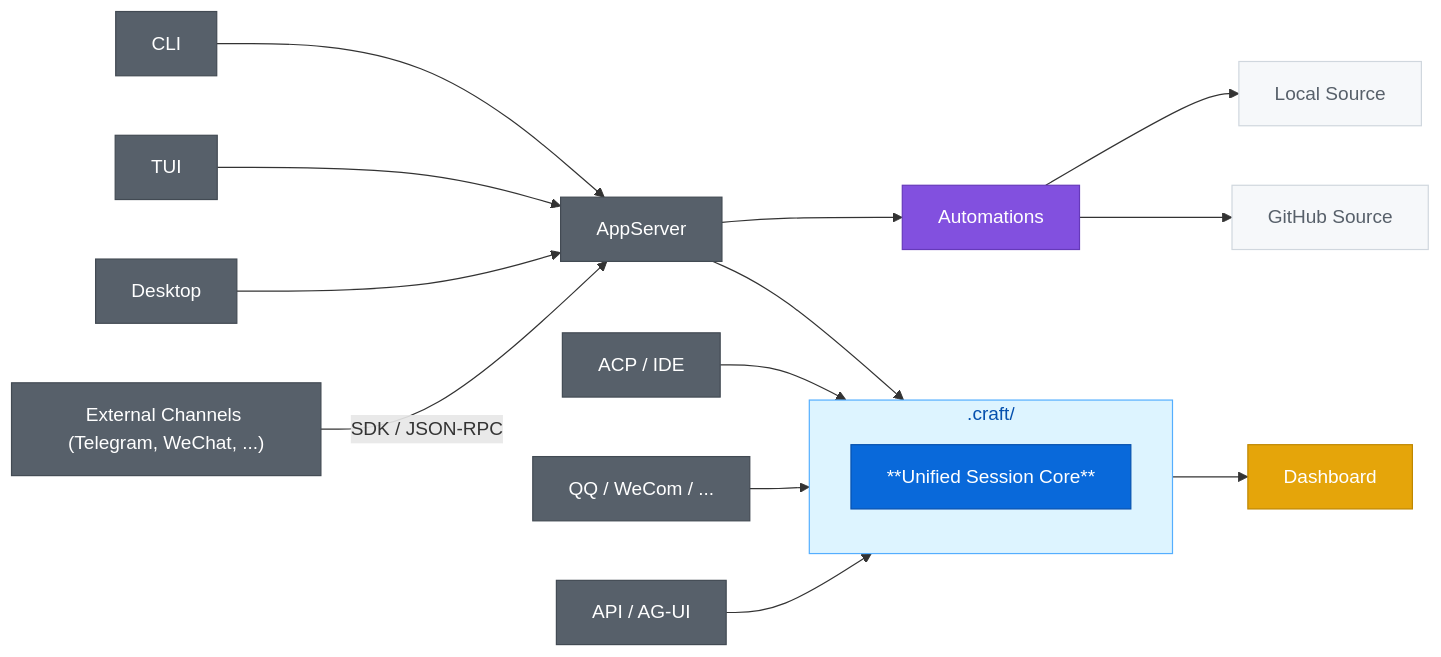
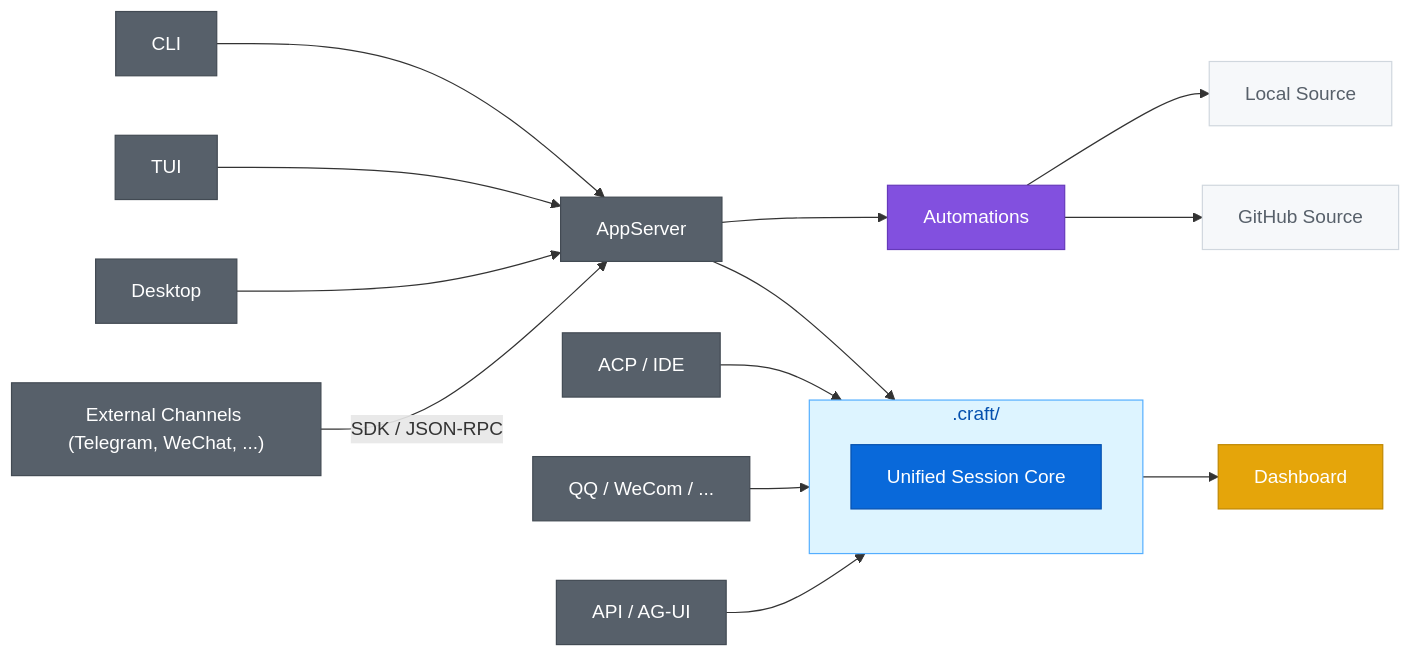
Before and after one commit to DotCraftDev/dotcraft: the diagram in README.md, drawn with Mermaid. The commit also changed 1 other file, not shown here.

````diff
--- a/README.md
+++ b/README.md
@@ -126,48 +126,48 @@
 ```mermaid
 flowchart LR
     Cli["CLI"]
     Tui["TUI"]
     Desktop["Desktop"]
     AppSrv["AppServer"]
     Ide["ACP / IDE"]
     Bots["QQ / WeCom / ..."]
     ExtCh["External Channels (Telegram, WeChat, ...)"]
     Api["API / AG-UI"]
     Automations["Automations"]
     LocalSource["Local Source"]
     GitHubSource["GitHub Source"]
 
     subgraph Workspace [".craft/"]
-        Core["**Unified Session Core**"]
+        Core["Unified Session Core"]
     end
 
     Dashboard["Dashboard"]
 
     Cli --> AppSrv
     Tui --> AppSrv
     Desktop --> AppSrv
     AppSrv --> Workspace
     AppSrv --> Automations
     Automations --> LocalSource
     Automations --> GitHubSource
     Ide --> Workspace
     Bots --> Workspace
     ExtCh -->|"SDK / JSON-RPC"| AppSrv
     Api --> Workspace
     Workspace --> Dashboard
 
     style Core fill:#0969da,color:#ffffff,stroke:#0550ae
     style Workspace fill:#ddf4ff,stroke:#54aeff,color:#0550ae
     style Dashboard fill:#e5a50a,color:#ffffff,stroke:#bf8700
     style Cli fill:#57606a,color:#ffffff,stroke:#424a53
     style Tui fill:#57606a,color:#ffffff,stroke:#424a53
     style Desktop fill:#57606a,color:#ffffff,stroke:#424a53
     style AppSrv fill:#57606a,color:#ffffff,stroke:#424a53
     style Ide fill:#57606a,color:#ffffff,stroke:#424a53
     style Bots fill:#57606a,color:#ffffff,stroke:#424a53
     style ExtCh fill:#57606a,color:#ffffff,stroke:#424a53
     style Api fill:#57606a,color:#ffffff,stroke:#424a53
     style Automations fill:#8250df,color:#ffffff,stroke:#6639ba
     style LocalSource fill:#f6f8fa,color:#57606a,stroke:#d0d7de
     style GitHubSource fill:#f6f8fa,color:#57606a,stroke:#d0d7de
 ```
````
